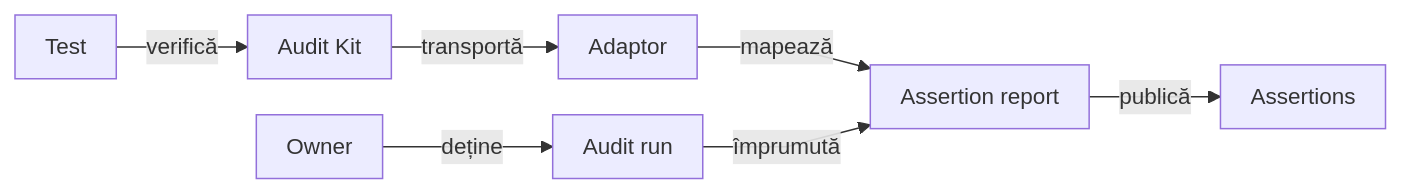
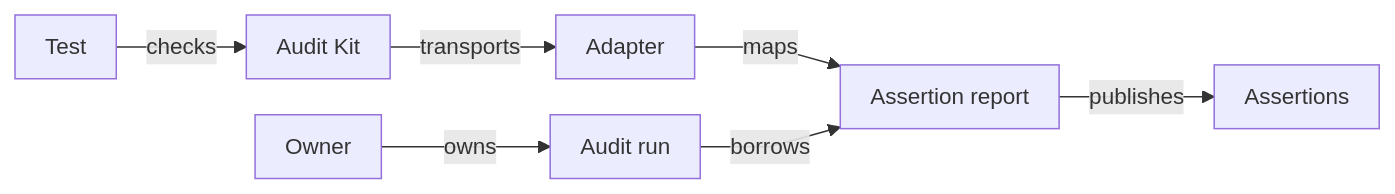
Before and after one commit to crististefanita/atf_j0: diagram 12 of 13 in atf-test-practice-shop/README.md, drawn with Mermaid. The commit also changed other lines of this file and 113 other files, not shown here.

````diff
--- a/atf-test-practice-shop/README.md
+++ b/atf-test-practice-shop/README.md
@@ -1236,10 +1370,10 @@
 ```mermaid
 %%{init: {"themeVariables":{"fontSize":"15px"},"themeCSS":".nodeLabel, .nodeLabel p { font-size: 15px !important; line-height: 1.35 !important; } .edgeLabel, .edgeLabel p { font-size: 12px !important; font-weight: 400 !important; line-height: 1.2 !important; } .edgeLabel .labelBkg, .edgeLabel p { background: transparent !important; } .edgeLabel foreignObject { transform: translateY(-18px); overflow: visible; } .node rect { rx: 6px; ry: 6px; }","flowchart":{"curve":"linear","nodeSpacing":24,"rankSpacing":40,"padding":10,"diagramPadding":16}}}%%
 flowchart LR
-    Test["Test"] -->|verifică| Kit["Audit Kit"]
-    Kit -->|transportă| Adapter["Adaptor"]
-    Adapter -->|mapează| Report["Assertion report"]
-    Scope["Owner"] -->|deține| Run["Audit run"]
-    Run -->|împrumută| Report
-    Report -->|publică| Step["Assertions"]
+    Test["Test"] -->|checks| Kit["Audit Kit"]
+    Kit -->|transports| Adapter["Adapter"]
+    Adapter -->|maps| Report["Assertion report"]
+    Scope["Owner"] -->|owns| Run["Audit run"]
+    Run -->|borrows| Report
+    Report -->|publishes| Step["Assertions"]
 ```
````
